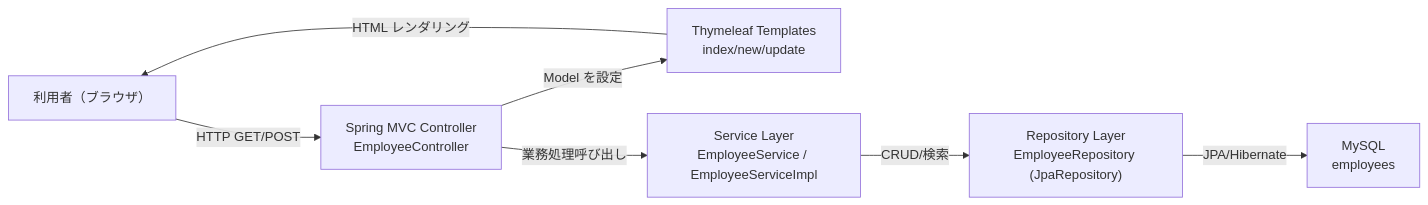
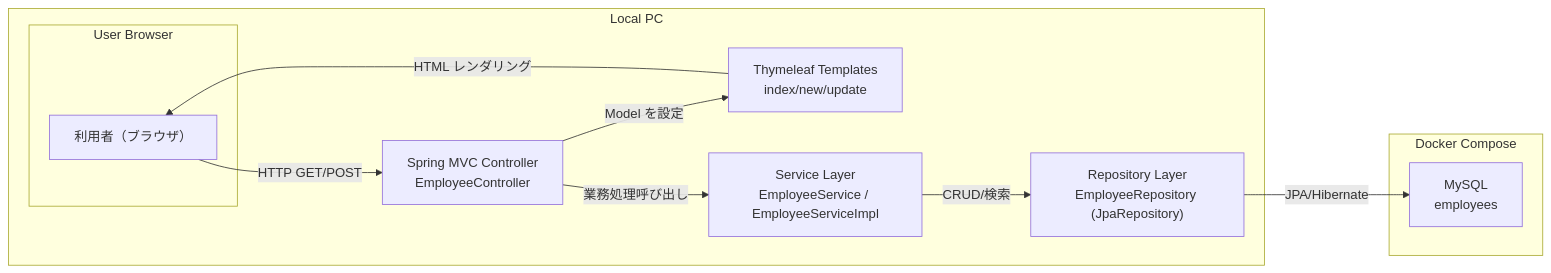
Before and after one commit to kota-done/NoExperiencePJ: the diagram in docs/基本設計/システム全体構成図.md, drawn with Mermaid. The commit also changed other lines of this file and 4 other files, not shown here.

Commit message:
構成図修正に合わせて基本設計と非機能要件の記述を更新

````diff
--- a/docs/基本設計/システム全体構成図.md
+++ b/docs/基本設計/システム全体構成図.md
@@ -14,16 +20,24 @@
 ```mermaid
 flowchart LR
-    U["利用者（ブラウザ）"]
-    C["Spring MVC Controller\nEmployeeController"]
-    V["Thymeleaf Templates\nindex/new/update"]
-    S["Service Layer\nEmployeeService / EmployeeServiceImpl"]
-    R["Repository Layer\nEmployeeRepository (JpaRepository)"]
-    DB["MySQL\nemployees"]
+    subgraph LPC["Local PC"]
+        subgraph B["User Browser"]
+            U["利用者（ブラウザ）"]
+        end
+
+        V["Thymeleaf Templates\nindex/new/update"]
+        C["Spring MVC Controller\nEmployeeController"]
+        S["Service Layer\nEmployeeService / EmployeeServiceImpl"]
+        R["Repository Layer\nEmployeeRepository (JpaRepository)"]
+    end
+
+    subgraph D["Docker Compose"]
+        DB["MySQL\nemployees"]
+    end
 
     U -->|HTTP GET/POST| C
     C -->|Model を設定| V
     V -->|HTML レンダリング| U
     C -->|業務処理呼び出し| S
     S -->|CRUD/検索| R
     R -->|JPA/Hibernate| DB
 ```
````
